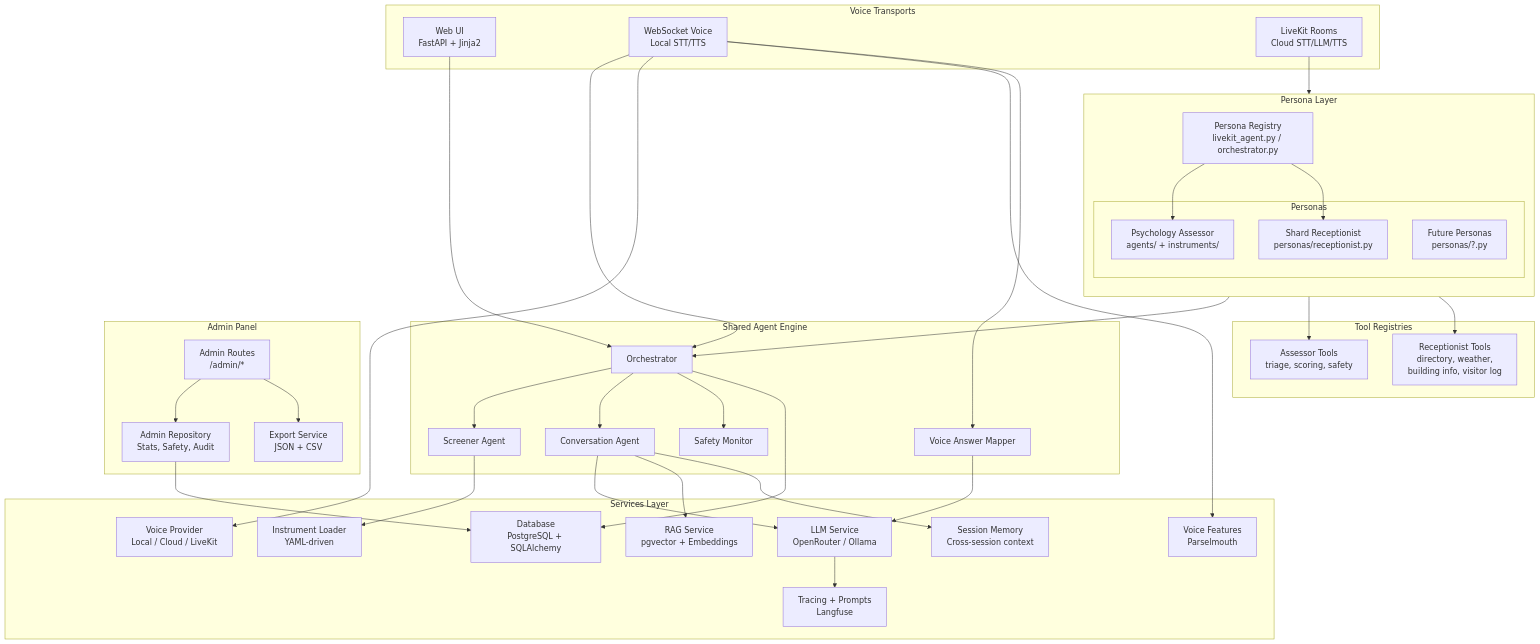
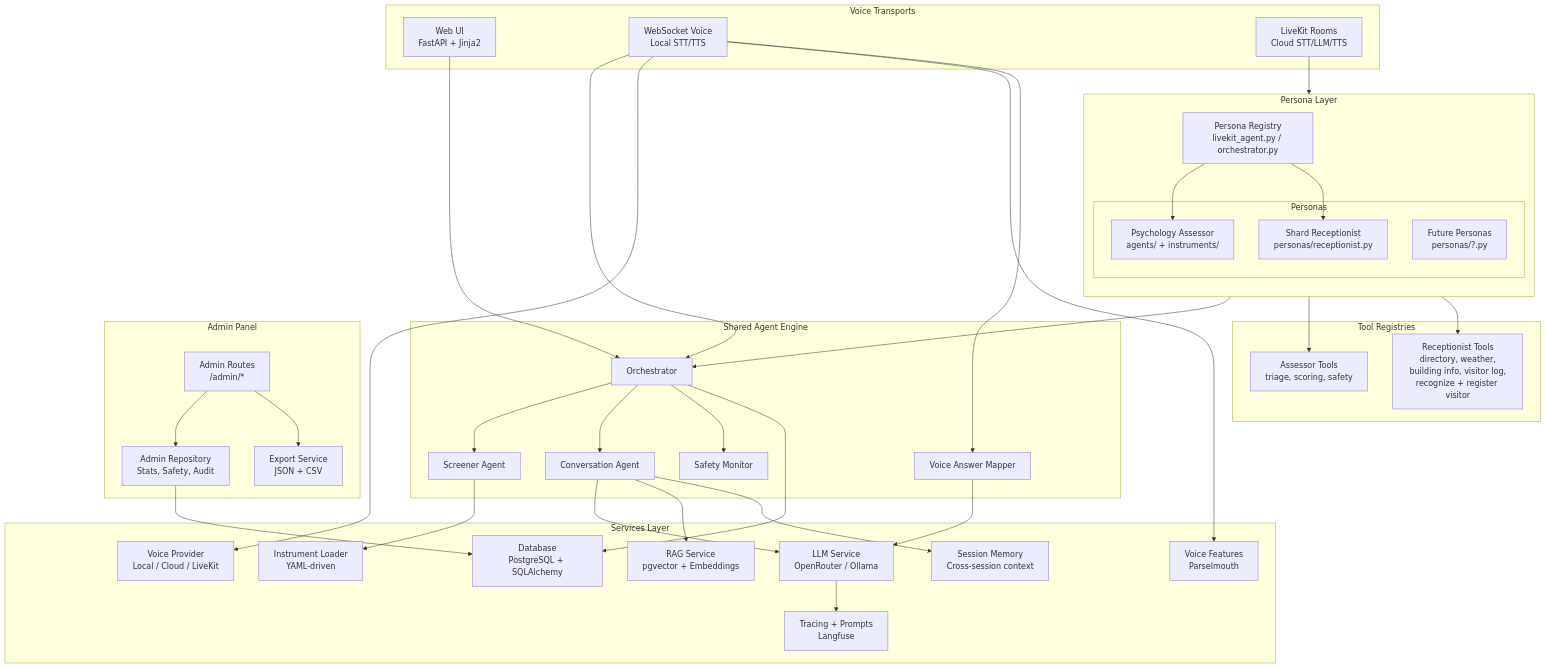
The first of 16 diagrams in docs/architecture.md (bodharma/talker), drawn with Mermaid before and after one commit. The commit also changed other lines of this file and 3 other files, not shown here.

````diff
--- a/docs/architecture.md
+++ b/docs/architecture.md
@@ -16,73 +16,73 @@
 ```mermaid
 graph TB
     subgraph "Voice Transports"
         WEB["Web UI<br/>FastAPI + Jinja2"]
         WS["WebSocket Voice<br/>Local STT/TTS"]
         LK["LiveKit Rooms<br/>Cloud STT/LLM/TTS"]
     end
 
     subgraph "Persona Layer"
         direction TB
         PREG["Persona Registry<br/>livekit_agent.py / orchestrator.py"]
         subgraph "Personas"
             ASSESS["Psychology Assessor<br/>agents/ + instruments/"]
             RECEP["Shard Receptionist<br/>personas/receptionist.py"]
             FUTURE["Future Personas<br/>personas/?.py"]
         end
     end
 
     subgraph "Shared Agent Engine"
         ORCH["Orchestrator"]
         SCREEN["Screener Agent"]
         CONV["Conversation Agent"]
         SAFETY["Safety Monitor"]
         MAPPER["Voice Answer Mapper"]
     end
 
     subgraph "Tool Registries"
         ATOOLS["Assessor Tools<br/>triage, scoring, safety"]
-        RTOOLS["Receptionist Tools<br/>directory, weather,<br/>building info, visitor log"]
+        RTOOLS["Receptionist Tools<br/>directory, weather,<br/>building info, visitor log,<br/>recognize + register visitor"]
     end
 
     subgraph "Services Layer"
         LLM["LLM Service<br/>OpenRouter / Ollama"]
         TRACE["Tracing + Prompts<br/>Langfuse"]
         INSTR["Instrument Loader<br/>YAML-driven"]
         DB["Database<br/>PostgreSQL + SQLAlchemy"]
         VPROV["Voice Provider<br/>Local / Cloud / LiveKit"]
         VFEAT["Voice Features<br/>Parselmouth"]
         RAG["RAG Service<br/>pgvector + Embeddings"]
         SMEM["Session Memory<br/>Cross-session context"]
     end
 
     subgraph "Admin Panel"
         ADMIN["Admin Routes<br/>/admin/*"]
         AREPO["Admin Repository<br/>Stats, Safety, Audit"]
         EXPORT["Export Service<br/>JSON + CSV"]
     end
 
     WEB --> ORCH
     WS --> ORCH
     LK --> PREG
     PREG --> ASSESS
     PREG --> RECEP
     ASSESS --> ORCH
     ASSESS --> ATOOLS
     RECEP --> RTOOLS
     ORCH --> SCREEN
     ORCH --> CONV
     ORCH --> SAFETY
     SCREEN --> INSTR
     CONV --> LLM
     CONV --> RAG
     CONV --> SMEM
     LLM --> TRACE
     ORCH --> DB
     WS --> VPROV
     WS --> VFEAT
     WS --> MAPPER
     MAPPER --> LLM
     ADMIN --> AREPO
     ADMIN --> EXPORT
     AREPO --> DB
 ```
````
